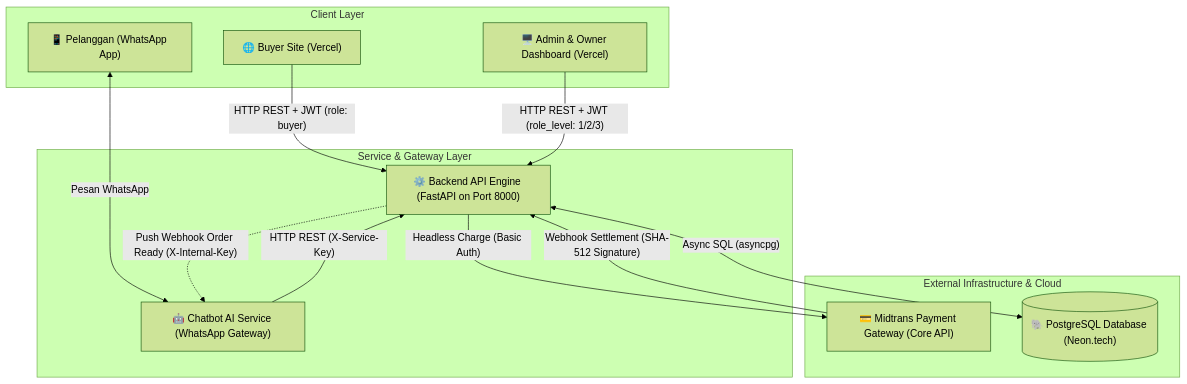
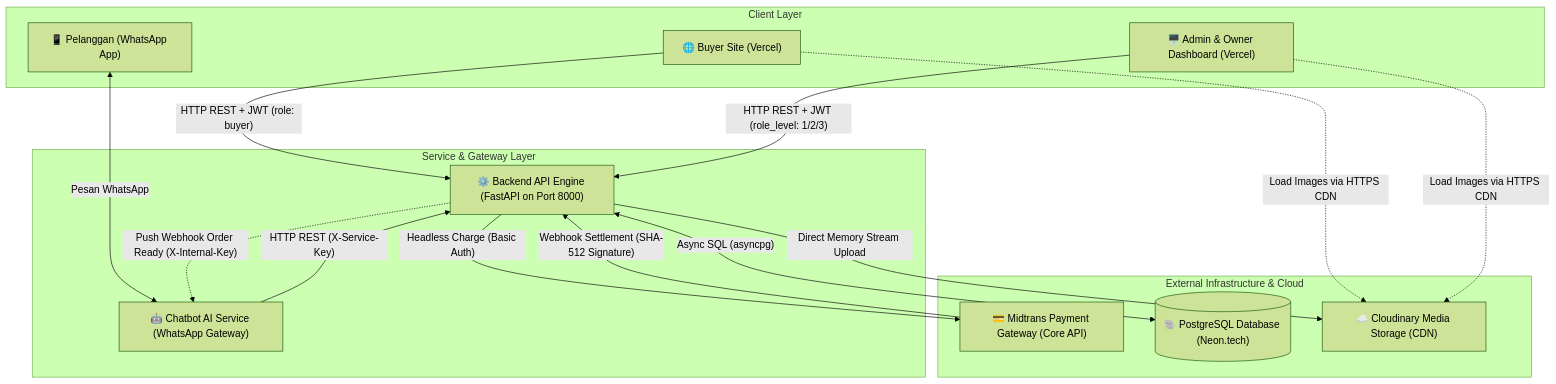
One commit to Nicholl2/Backend-Cakery changed the first of 4 diagrams in ARCHITECTURE_INTEGRATION.md. Above: the diagram before and after it, drawn with Mermaid (forest theme). The commit also changed other lines of this file and 6 other files, not shown here.

````diff
--- a/ARCHITECTURE_INTEGRATION.md
+++ b/ARCHITECTURE_INTEGRATION.md
@@ -11,32 +11,35 @@
 ```mermaid
 flowchart TB
     subgraph ClientLayer ["Client Layer"]
         BuyerWeb["🌐 Buyer Site (Vercel)"]
         AdminWeb["🖥️ Admin & Owner Dashboard (Vercel)"]
         WACustomer["📱 Pelanggan (WhatsApp App)"]
     end
 
     subgraph ServiceLayer ["Service & Gateway Layer"]
         ChatbotService["🤖 Chatbot AI Service (WhatsApp Gateway)"]
         BackendAPI["⚙️ Backend API Engine (FastAPI on Port 8000)"]
     end
 
     subgraph ExternalLayer ["External Infrastructure & Cloud"]
         MidtransPG["💳 Midtrans Payment Gateway (Core API)"]
         NeonDB[("🐘 PostgreSQL Database (Neon.tech)")]
+        CloudinaryStorage["☁️ Cloudinary Media Storage (CDN)"]
     end
 
     %% Client to Services
     BuyerWeb -->|"HTTP REST + JWT (role: buyer)"| BackendAPI
     AdminWeb -->|"HTTP REST + JWT (role_level: 1/2/3)"| BackendAPI
     WACustomer <-->|"Pesan WhatsApp"| ChatbotService
 
     %% Chatbot to Backend
     ChatbotService -->|"HTTP REST (X-Service-Key)"| BackendAPI
     BackendAPI -.->|"Push Webhook Order Ready (X-Internal-Key)"| ChatbotService
 
     %% Backend to External
     BackendAPI <-->|"Async SQL (asyncpg)"| NeonDB
     BackendAPI -->|"Headless Charge (Basic Auth)"| MidtransPG
     MidtransPG -->|"Webhook Settlement (SHA-512 Signature)"| BackendAPI
+    BackendAPI -->|"Direct Memory Stream Upload"| CloudinaryStorage
+    BuyerWeb & AdminWeb -.->|"Load Images via HTTPS CDN"| CloudinaryStorage
 ```
````
